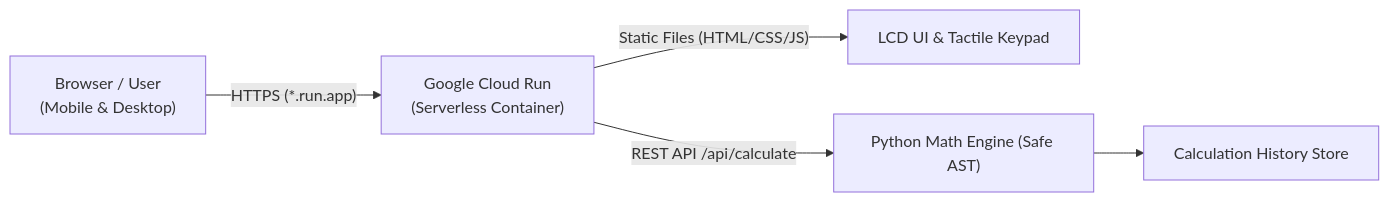
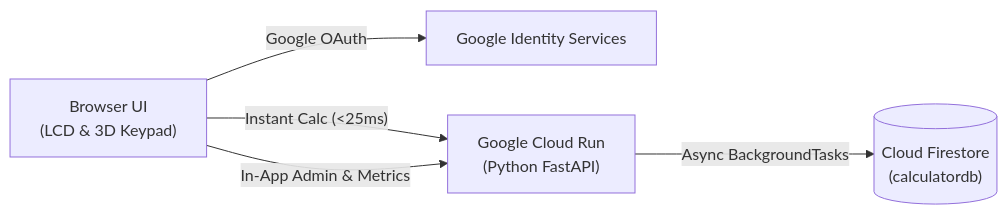
One commit to microRunner/calculator changed the diagram in README.md. Above: the diagram before and after it, drawn with Mermaid. The commit also changed other lines of this file and 2 other files, not shown here.

Commit message:
Update DESIGN.md, README.md, and .gitignore with OAuth and Firestore documentation

````diff
--- a/README.md
+++ b/README.md
@@ -9,7 +9,7 @@
 ```mermaid
 flowchart LR
-    Client["Browser / User\n(Mobile & Desktop)"] -->|"HTTPS (*.run.app)"| CloudRun["Google Cloud Run\n(Serverless Container)"]
-    CloudRun -->|"Static Files (HTML/CSS/JS)"| Frontend["LCD UI & Tactile Keypad"]
-    CloudRun -->|"REST API /api/calculate"| Engine["Python Math Engine (Safe AST)"]
-    Engine --> History["Calculation History Store"]
+    Client["Browser UI\n(LCD & 3D Keypad)"] -->|"Google OAuth"| Auth["Google Identity Services"]
+    Client -->|"Instant Calc (<25ms)"| CloudRun["Google Cloud Run\n(Python FastAPI)"]
+    CloudRun -->|"Async BackgroundTasks"| Firestore[("Cloud Firestore\n(calculatordb)")]
+    Client -->|"In-App Admin & Metrics"| CloudRun
 ```
````
